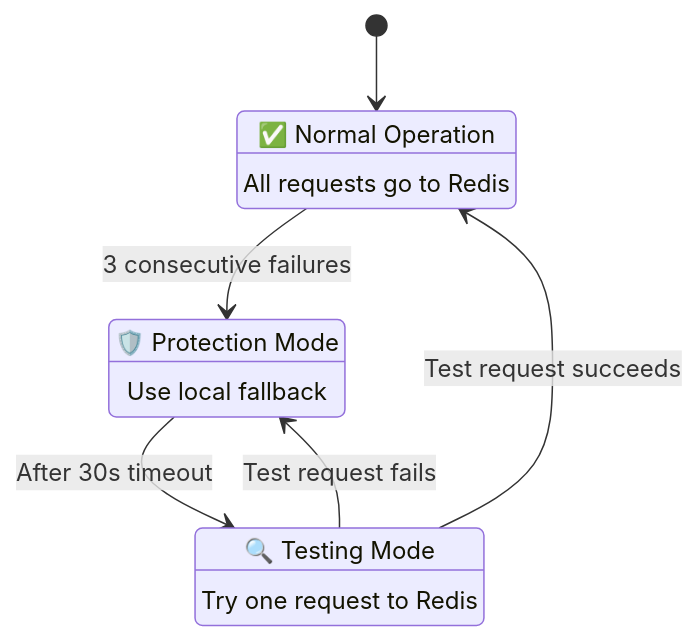
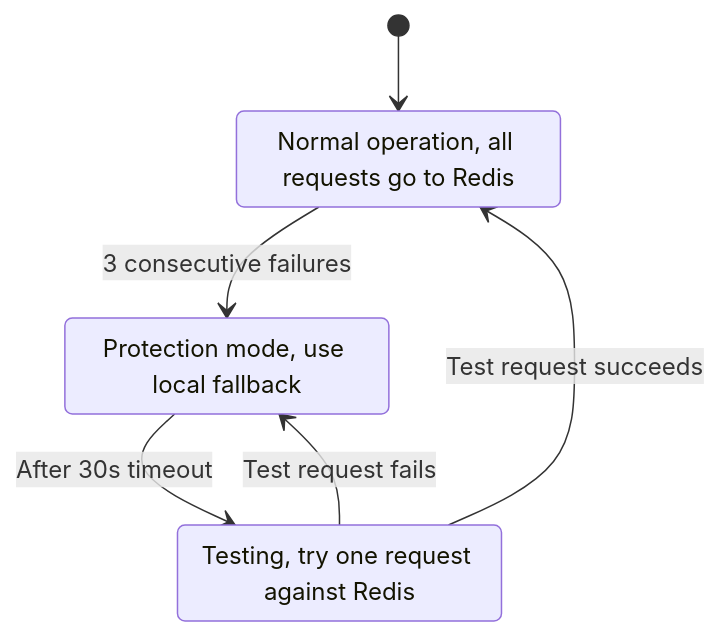
Before and after one commit to Rugved-142/RatelimitX: the third of 3 diagrams in README.md, drawn with Mermaid. The commit also changed other lines of this file and 3 other files, not shown here.

````diff
--- a/README.md
+++ b/README.md
@@ -583,17 +303,12 @@
 ```mermaid
 stateDiagram-v2
     [*] --> CLOSED
     CLOSED --> OPEN : 3 consecutive failures
     OPEN --> HALF_OPEN : After 30s timeout
     HALF_OPEN --> CLOSED : Test request succeeds
     HALF_OPEN --> OPEN : Test request fails
-    
-    CLOSED : ✅ Normal Operation
-    CLOSED : All requests go to Redis
-    
-    OPEN : 🛡️ Protection Mode
-    OPEN : Use local fallback
-    
-    HALF_OPEN : 🔍 Testing Mode
-    HALF_OPEN : Try one request to Redis
+
+    CLOSED : Normal operation, all requests go to Redis
+    OPEN : Protection mode, use local fallback
+    HALF_OPEN : Testing, try one request against Redis
 ```
````
